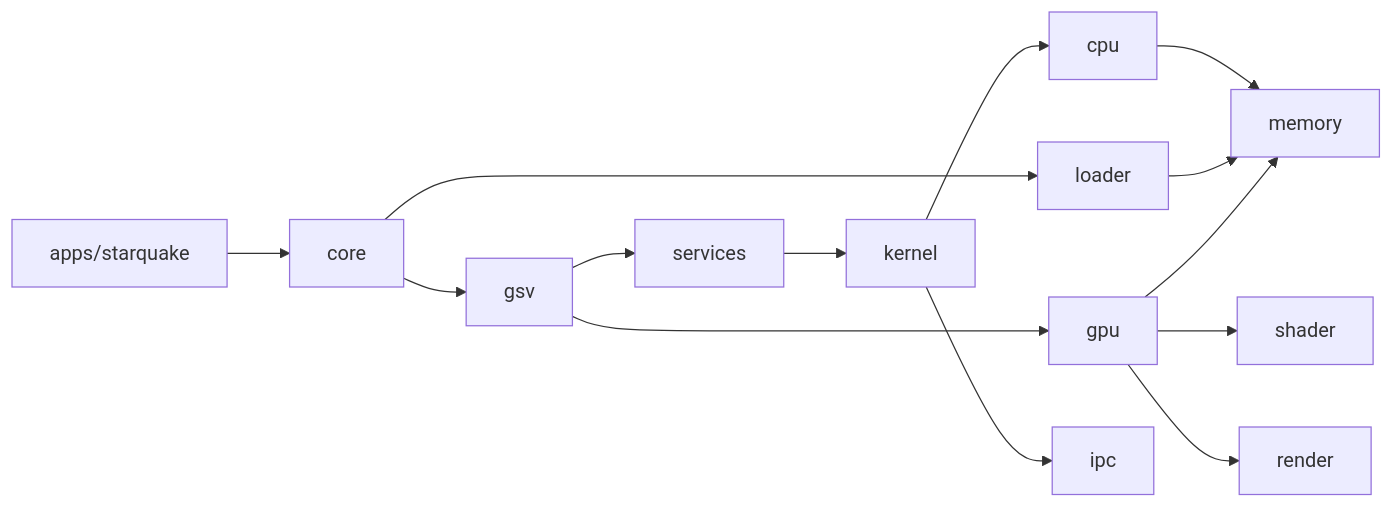
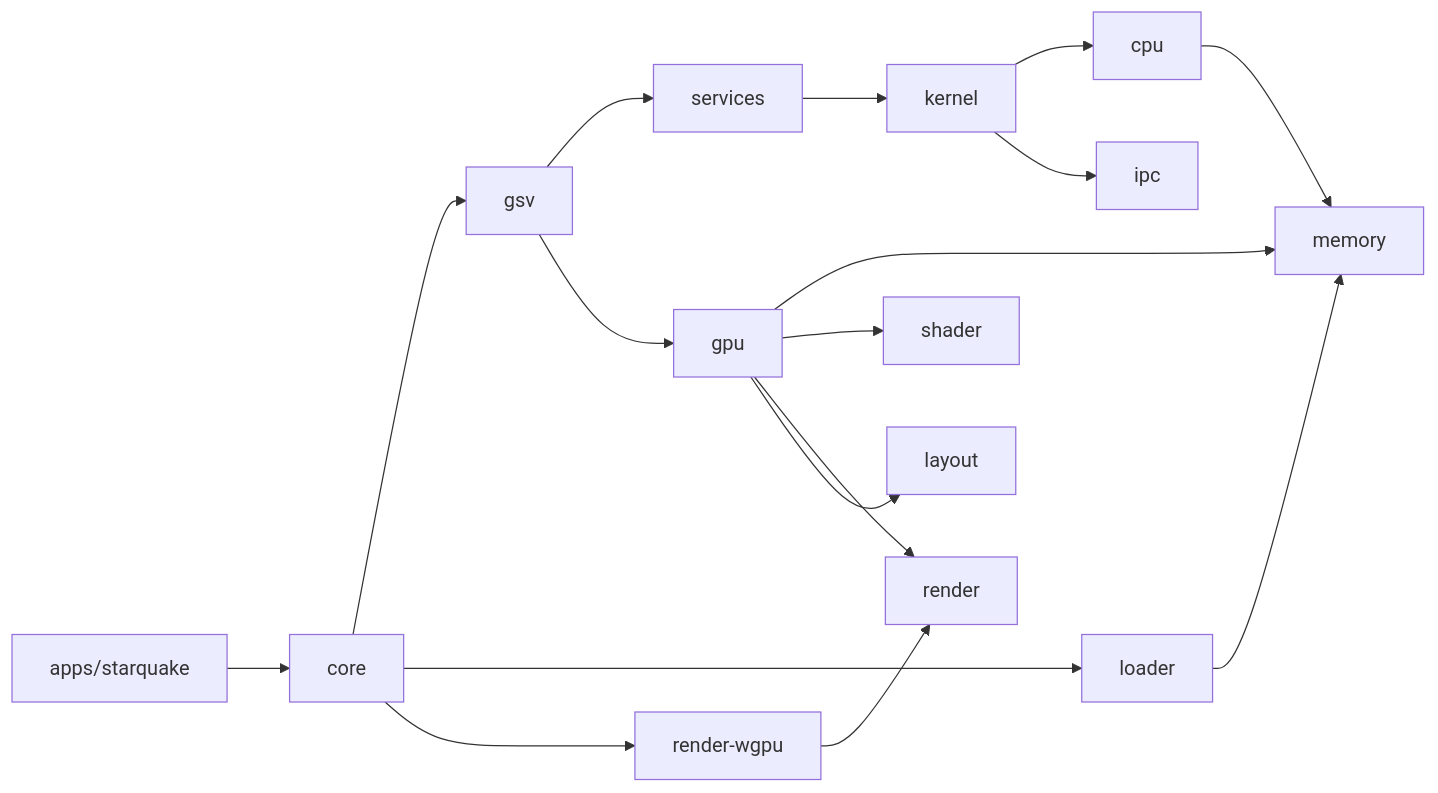
Before and after one commit to Syynth/starquake: the second of 2 diagrams in docs/architecture.md, drawn with Mermaid. The commit also changed other lines of this file and 5 other files, not shown here.

First line of the commit message:
docs: amend the approved specs for the graphics designs

````diff
--- a/docs/architecture.md
+++ b/docs/architecture.md
@@ -94,11 +109,12 @@
 ```mermaid
 flowchart LR
     app["apps/starquake"] --> core
-    core --> gsv & loader
+    core --> gsv & loader & wgpu["render-wgpu"]
     gsv --> services & gpu
     services --> kernel
     kernel --> cpu & ipc
     cpu --> memory
     loader --> memory
-    gpu --> memory & shader & render
+    gpu --> memory & shader & render & layout
+    wgpu --> render
 ```
````
